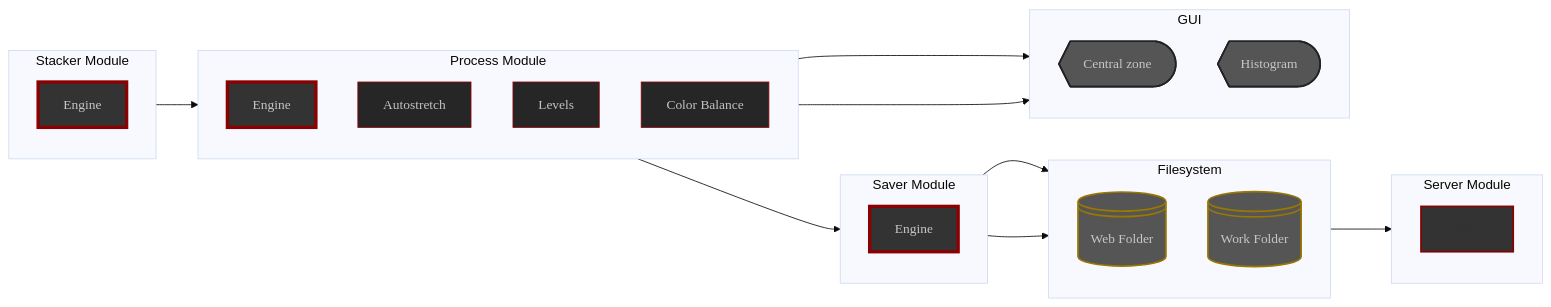
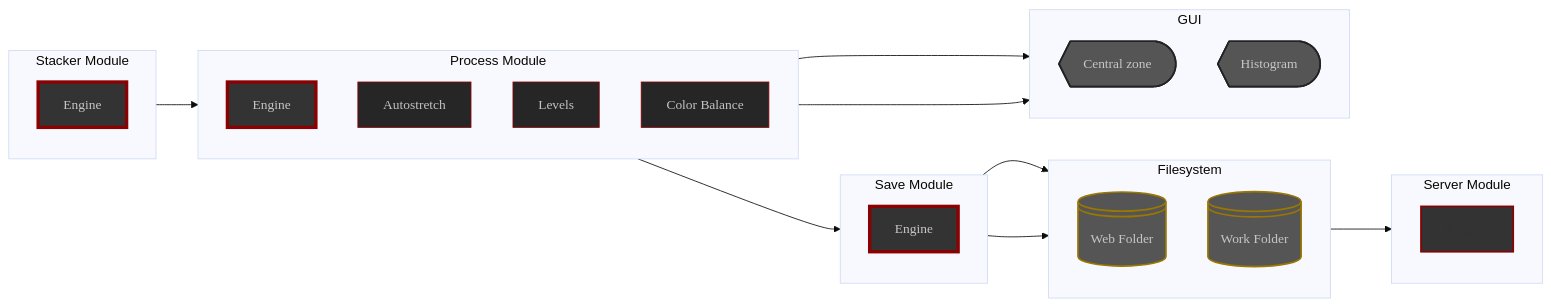
The fourth of 4 diagrams in content/en/docs/v0.7/reference/modules/_index.md (deufrai/als), drawn with Mermaid (base theme) before and after one commit. The commit also changed other lines of this file and 1 other file, not shown here.

Commit message:
minor fix : Saver => Save in modules doc

````diff
--- a/content/en/docs/v0.7/reference/modules/_index.md
+++ b/content/en/docs/v0.7/reference/modules/_index.md
@@ -217,68 +217,68 @@
 ```mermaid
 flowchart LR
 
     subgraph Stacker Module
         direction TB
         STACK_ENGINE[Engine]
     end
     
     subgraph Process Module
         direction TB
         PROCESS_ENGINE[Engine]
         STRETCH[Autostretch]
         LEVELS[Levels]
         COLOR_BAL[Color Balance]
     end 
     
-    subgraph Saver Module
+    subgraph Save Module
         direction TB
         SAVE_ENGINE[Engine]
     end
 
     subgraph Filesystem
         direction TB
         
         WEB_FOLDER@{ shape: lin-cyl, label: "Web Folder" }
         WORK_FOLDER@{ shape: lin-cyl, label: "Work Folder" }
     end
     
     subgraph Server Module
         direction TB
         SERVER_ENGINE[Engine]
     end
     
     subgraph GUI
         direction TB
         SCREEN@{ shape: curv-trap, label: "Central zone" }
         HISTOGRAM@{ shape: curv-trap, label: "Histogram" }
     end
     
     STACK_ENGINE --> PROCESS_ENGINE
     
     PROCESS_ENGINE --> SAVE_ENGINE
     PROCESS_ENGINE ---> SCREEN
     PROCESS_ENGINE ---> HISTOGRAM
     
     SAVE_ENGINE --> WEB_FOLDER
     SAVE_ENGINE --> WORK_FOLDER
 
     WEB_FOLDER --> SERVER_ENGINE
     
     classDef module fill:#333,stroke:darkred,stroke-width:2px
     classDef main_module fill:#333,stroke:darkred,stroke-width:4px,color:#c6c6c6,font-family:'Poppins',sans-serif
     classDef process fill:#262626,stroke:darkred,stroke-width:1px,color:#c3c3c3,font-family:'Poppins',sans-serif
     classDef folder fill:#555,stroke:#970,stroke-width:2px,color:#c6c6c6,font-family:'Poppins',sans-serif
     classDef display fill:#555,stroke:#222,stroke-width:2px,color:#c6c6c6,font-family:'Poppins',sans-serif
     
     class STACK_ENGINE main_module
     class PROCESS_ENGINE main_module
     class SAVE_ENGINE main_module
     class SERVER_ENGINE module
     class SCREEN display
     class HISTOGRAM display
     class STRETCH process
     class LEVELS process
     class COLOR_BAL process
     class WEB_FOLDER folder
     class WORK_FOLDER folder
 ```
````
